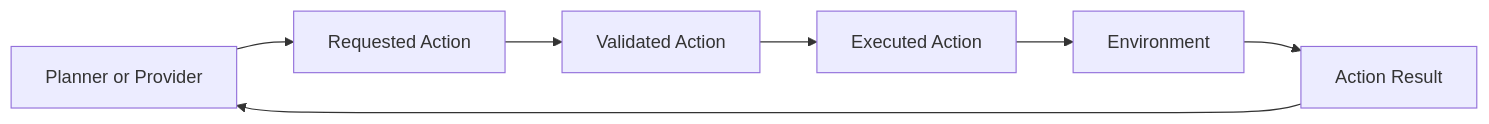
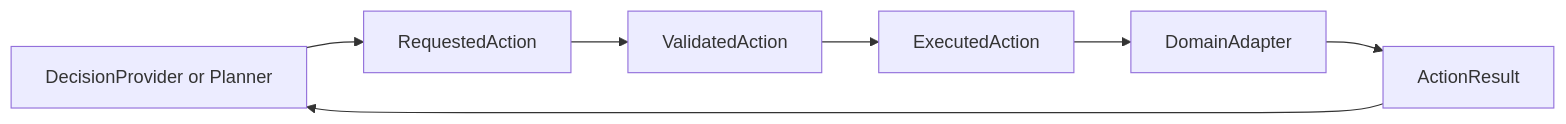
One commit to Vectology-cloud-team/namma-rogue-agent changed the diagram in docs/action-model.md. Above: the diagram before and after it, drawn with Mermaid. The commit also changed other lines of this file and 11 other files, not shown here.

````diff
--- a/docs/action-model.md
+++ b/docs/action-model.md
@@ -9,16 +9,16 @@
 ```mermaid
 flowchart LR
-    PLAN["Planner or Provider"]
-    REQ["Requested Action"]
-    VAL["Validated Action"]
-    EXE["Executed Action"]
-    RES["Action Result"]
-    ENV["Environment"]
+    DP["DecisionProvider or Planner"]
+    REQ["RequestedAction"]
+    VAL["ValidatedAction"]
+    EXE["ExecutedAction"]
+    AD["DomainAdapter"]
+    RES["ActionResult"]
 
-    PLAN --> REQ
+    DP --> REQ
     REQ --> VAL
     VAL --> EXE
-    EXE --> ENV
-    ENV --> RES
-    RES --> PLAN
+    EXE --> AD
+    AD --> RES
+    RES --> DP
 ```
````
